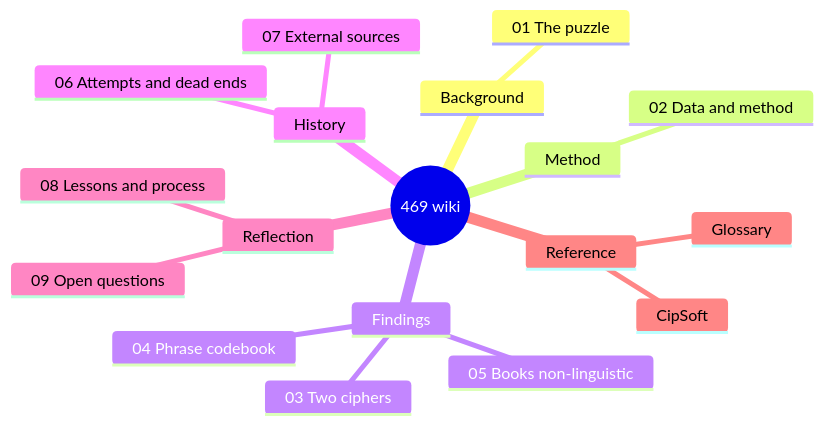
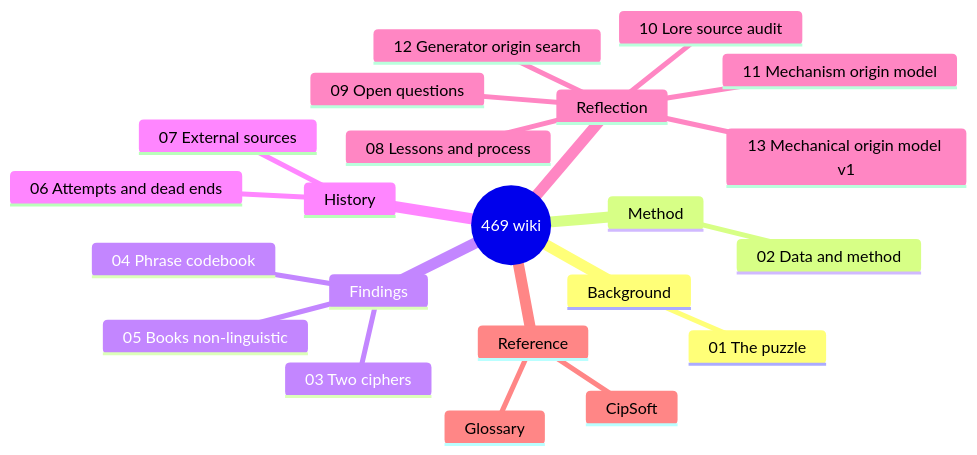
The diagram in docs/wiki/README.md (kimlage/tibia-469-cipher-casestudy), drawn with Mermaid before and after one commit. The commit also changed other lines of this file and 350 other files, not shown here.

Commit message:
Consolidate 469 mechanical origin model

````diff
--- a/docs/wiki/README.md
+++ b/docs/wiki/README.md
@@ -53,21 +57,25 @@
 ```mermaid
 mindmap
   root((469 wiki))
     Background
       01 The puzzle
     Method
       02 Data and method
     Findings
       03 Two ciphers
       04 Phrase codebook
       05 Books non-linguistic
     History
       06 Attempts and dead ends
       07 External sources
     Reflection
       08 Lessons and process
       09 Open questions
+      10 Lore source audit
+      11 Mechanism origin model
+      12 Generator origin search
+      13 Mechanical origin model v1
     Reference
       Glossary
       CipSoft
 ```
````
